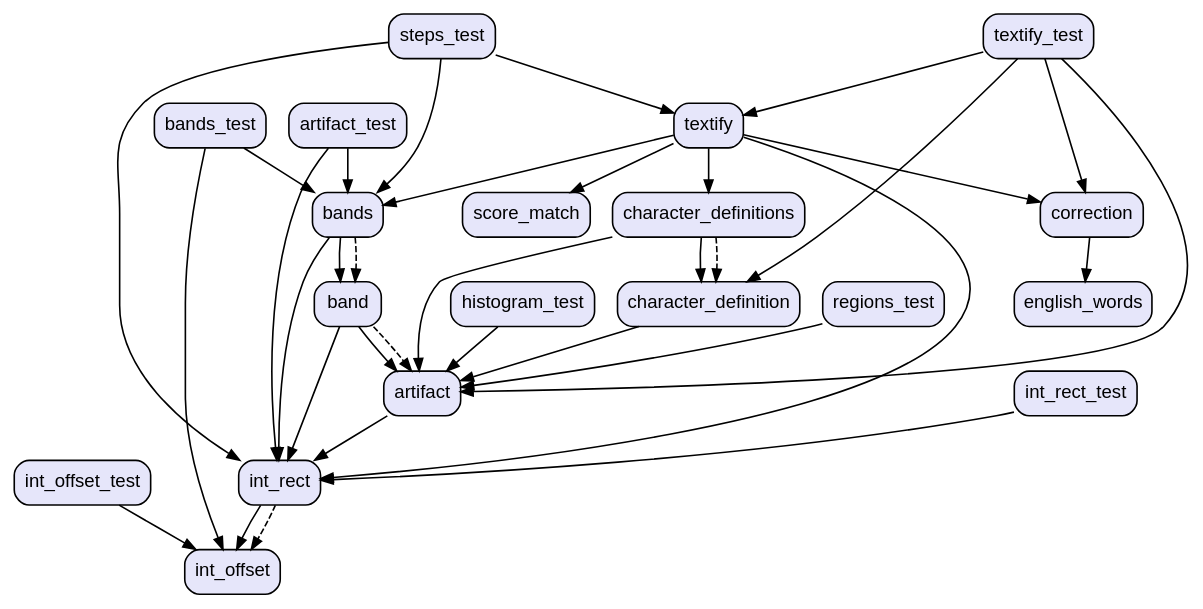
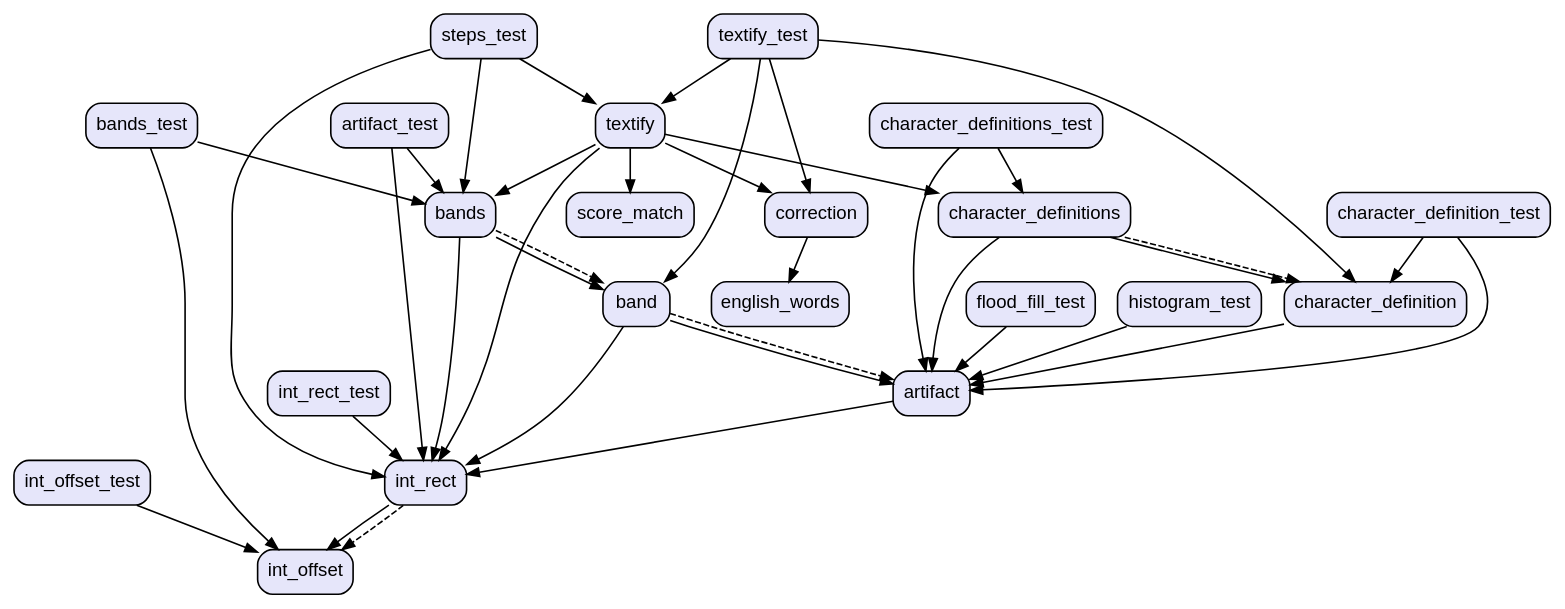
Before and after one commit to vteam-com/TEXTify: the diagram in graph.dot, drawn with Graphviz. The commit also changed 15 other files, not shown here.

```diff
--- a/graph.dot
+++ b/graph.dot
@@ -1,58 +1,64 @@
 digraph "" {
   graph [style=rounded fontname="Arial Black" fontsize=13 penwidth=2.6];
   node [shape=rect style="filled,rounded" fontname=Arial fontsize=15 fillcolor=Lavender penwidth=1.3];
   edge [penwidth=1.3];
   "/test/int_offset_test.dart" [label="int_offset_test"];
   "/test/int_rect_test.dart" [label="int_rect_test"];
   "/test/textify_test.dart" [label="textify_test"];
   "/test/bands_test.dart" [label="bands_test"];
+  "/test/character_definition_test.dart" [label="character_definition_test"];
+  "/test/flood_fill_test.dart" [label="flood_fill_test"];
   "/test/artifact_test.dart" [label="artifact_test"];
   "/test/histogram_test.dart" [label="histogram_test"];
-  "/test/regions_test.dart" [label="regions_test"];
+  "/test/character_definitions_test.dart" [label="character_definitions_test"];
   "/test/steps_test.dart" [label="steps_test"];
   "/lib/band.dart" [label="band"];
   "/lib/artifact.dart" [label="artifact"];
   "/lib/score_match.dart" [label="score_match"];
   "/lib/character_definition.dart" [label="character_definition"];
   "/lib/int_rect.dart" [label="int_rect"];
   "/lib/textify.dart" [label="textify"];
   "/lib/character_definitions.dart" [label="character_definitions"];
   "/lib/correction.dart" [label="correction"];
   "/lib/english_words.dart" [label="english_words"];
   "/lib/int_offset.dart" [label="int_offset"];
   "/lib/bands.dart" [label="bands"];
   "/test/int_offset_test.dart" -> "/lib/int_offset.dart";
   "/test/int_rect_test.dart" -> "/lib/int_rect.dart";
-  "/test/textify_test.dart" -> "/lib/artifact.dart";
+  "/test/textify_test.dart" -> "/lib/band.dart";
   "/test/textify_test.dart" -> "/lib/character_definition.dart";
   "/test/textify_test.dart" -> "/lib/correction.dart";
   "/test/textify_test.dart" -> "/lib/textify.dart";
   "/test/bands_test.dart" -> "/lib/bands.dart";
   "/test/bands_test.dart" -> "/lib/int_offset.dart";
+  "/test/character_definition_test.dart" -> "/lib/artifact.dart";
+  "/test/character_definition_test.dart" -> "/lib/character_definition.dart";
+  "/test/flood_fill_test.dart" -> "/lib/artifact.dart";
   "/test/artifact_test.dart" -> "/lib/bands.dart";
   "/test/artifact_test.dart" -> "/lib/int_rect.dart";
   "/test/histogram_test.dart" -> "/lib/artifact.dart";
-  "/test/regions_test.dart" -> "/lib/artifact.dart";
+  "/test/character_definitions_test.dart" -> "/lib/artifact.dart";
+  "/test/character_definitions_test.dart" -> "/lib/character_definitions.dart";
   "/test/steps_test.dart" -> "/lib/bands.dart";
   "/test/steps_test.dart" -> "/lib/int_rect.dart";
   "/test/steps_test.dart" -> "/lib/textify.dart";
   "/lib/band.dart" -> "/lib/artifact.dart";
   "/lib/band.dart" -> "/lib/int_rect.dart";
   "/lib/band.dart" -> "/lib/artifact.dart" [style=dashed];
   "/lib/artifact.dart" -> "/lib/int_rect.dart";
   "/lib/character_definition.dart" -> "/lib/artifact.dart";
   "/lib/int_rect.dart" -> "/lib/int_offset.dart";
   "/lib/int_rect.dart" -> "/lib/int_offset.dart" [style=dashed];
   "/lib/textify.dart" -> "/lib/bands.dart";
   "/lib/textify.dart" -> "/lib/character_definitions.dart";
   "/lib/textify.dart" -> "/lib/correction.dart";
   "/lib/textify.dart" -> "/lib/int_rect.dart";
   "/lib/textify.dart" -> "/lib/score_match.dart";
   "/lib/character_definitions.dart" -> "/lib/artifact.dart";
   "/lib/character_definitions.dart" -> "/lib/character_definition.dart";
   "/lib/character_definitions.dart" -> "/lib/character_definition.dart" [style=dashed];
   "/lib/correction.dart" -> "/lib/english_words.dart";
   "/lib/bands.dart" -> "/lib/band.dart";
   "/lib/bands.dart" -> "/lib/int_rect.dart";
   "/lib/bands.dart" -> "/lib/band.dart" [style=dashed];
 }
```
